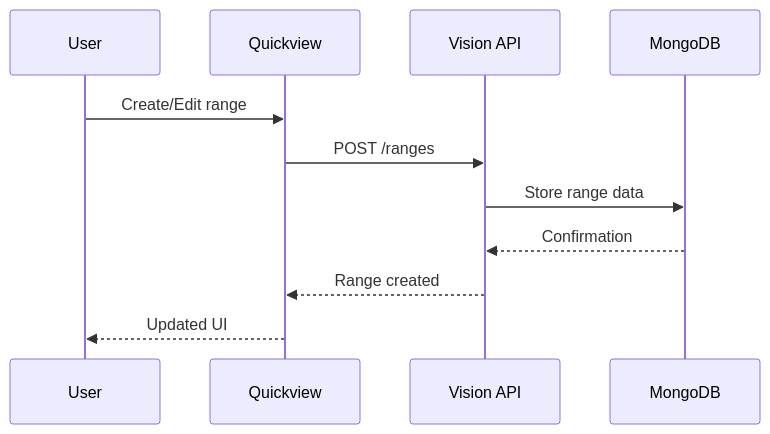
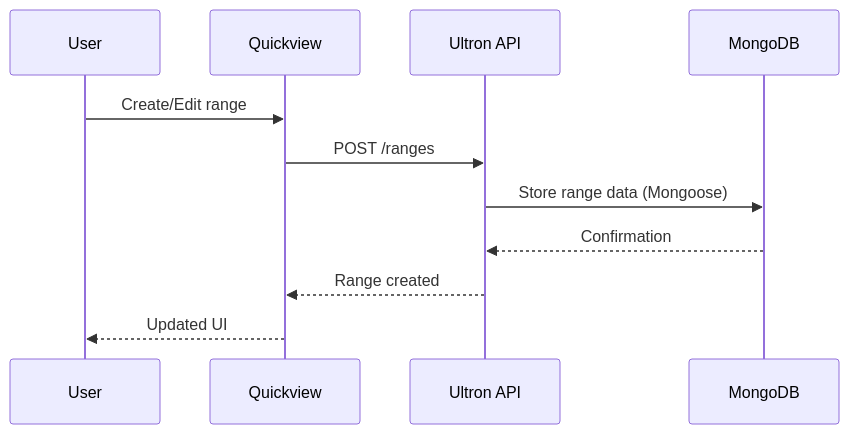
One commit to jmon14/texas changed the third of 3 diagrams in docs/architecture.md. Above: the diagram before and after it, drawn with Mermaid. The commit also changed other lines of this file and 32 other files, not shown here.

````diff
--- a/docs/architecture.md
+++ b/docs/architecture.md
@@ -149,14 +140,14 @@
 ```mermaid
 sequenceDiagram
     participant User as User
     participant QV as Quickview
-    participant Vision as Vision API
+    participant Ultron as Ultron API
     participant Mongo as MongoDB
 
     User->>QV: Create/Edit range
-    QV->>Vision: POST /ranges
-    Vision->>Mongo: Store range data
-    Mongo-->>Vision: Confirmation
-    Vision-->>QV: Range created
+    QV->>Ultron: POST /ranges
+    Ultron->>Mongo: Store range data (Mongoose)
+    Mongo-->>Ultron: Confirmation
+    Ultron-->>QV: Range created
     QV-->>User: Updated UI
 ```
````
